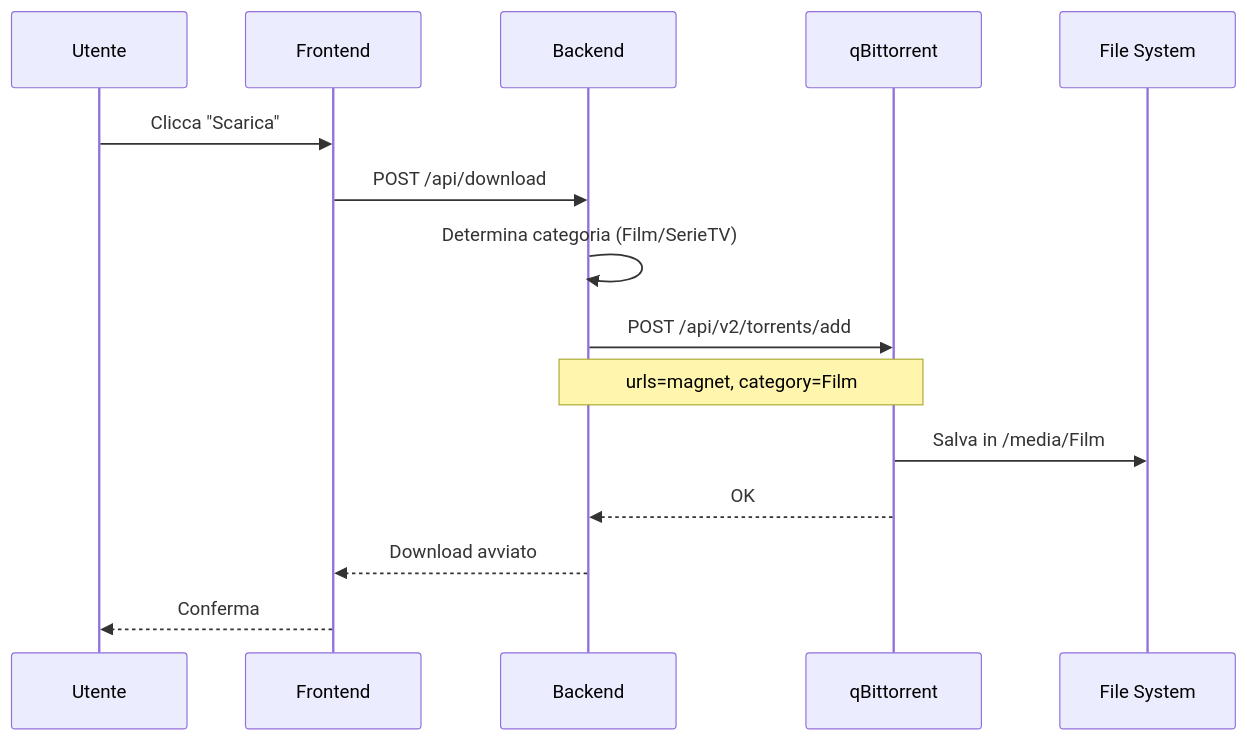
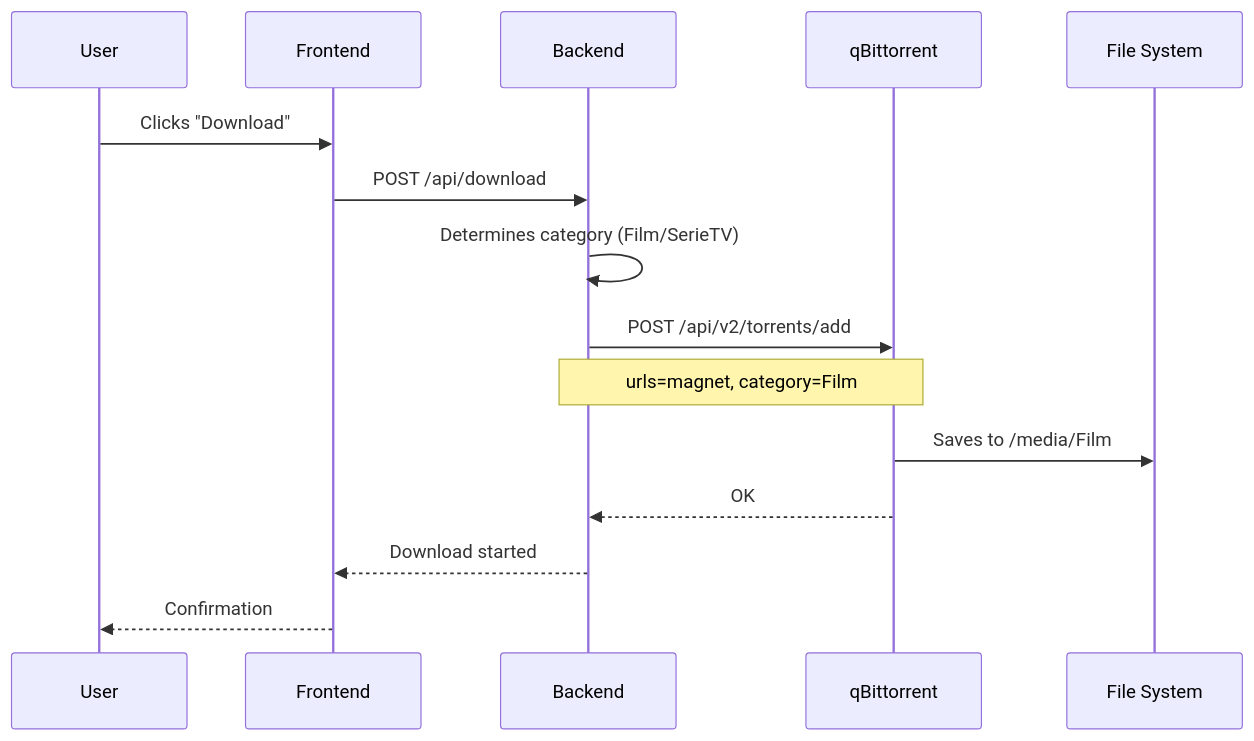
The third of 4 diagrams in qbit-wrapper.md (Emanuele94/flatflix), drawn with Mermaid before and after one commit. The commit also changed other lines of this file and 1 other file, not shown here.

````diff
--- a/qbit-wrapper.md
+++ b/qbit-wrapper.md
@@ -121,18 +121,18 @@
 ```mermaid
 sequenceDiagram
-    participant U as Utente
+    participant U as User
     participant FE as Frontend
     participant BE as Backend
     participant QB as qBittorrent
     participant FS as File System
 
-    U->>FE: Clicca "Scarica"
+    U->>FE: Clicks "Download"
     FE->>BE: POST /api/download
-    BE->>BE: Determina categoria (Film/SerieTV)
+    BE->>BE: Determines category (Film/SerieTV)
     BE->>QB: POST /api/v2/torrents/add
     Note over BE,QB: urls=magnet, category=Film
-    QB->>FS: Salva in /media/Film
+    QB->>FS: Saves to /media/Film
     QB-->>BE: OK
-    BE-->>FE: Download avviato
-    FE-->>U: Conferma
+    BE-->>FE: Download started
+    FE-->>U: Confirmation
 ```
````
